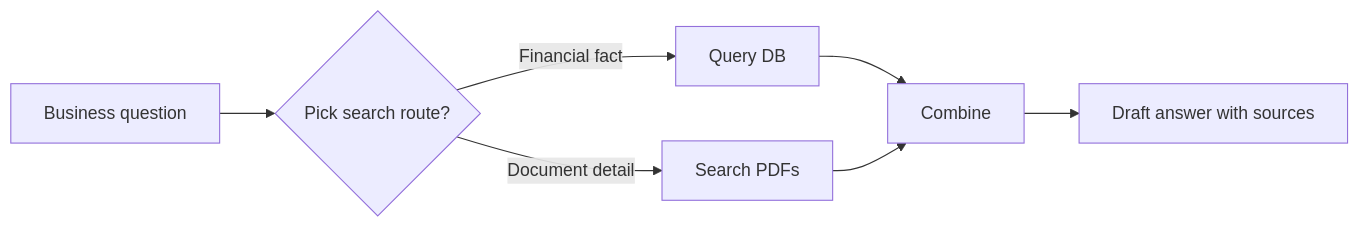
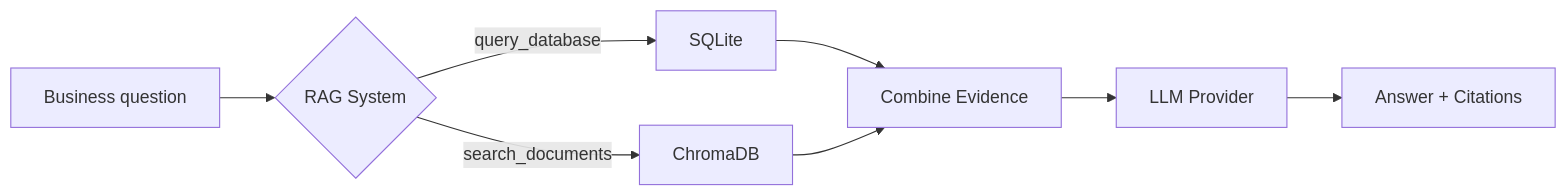
One commit to dagny099/poolula-platform changed the second of 2 diagrams in README.md. Above: the diagram before and after it, drawn with Mermaid. The commit also changed other lines of this file and 6 other files, not shown here.

````diff
--- a/README.md
+++ b/README.md
@@ -84,9 +111,10 @@
 ```mermaid
 graph LR
-    A[Business question] --> B{Pick search route?}
-    B -->|Financial fact| C[Query DB]
-    B -->|Document detail| D[Search PDFs]
-    C --> E[Combine]
-    D --> E[Combine]
-    E --> F[Draft answer with sources]
+    A[Business question] --> B{RAG System}
+    B -->|query_database| C[SQLite]
+    B -->|search_documents| D[ChromaDB]
+    C --> E[Combine Evidence]
+    D --> E
+    E --> F[LLM Provider]
+    F --> G[Answer + Citations]
 ```
````
